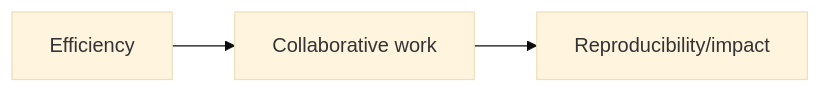
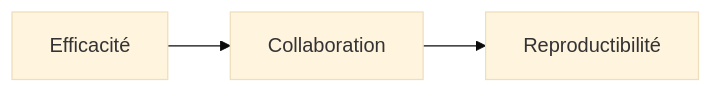
One commit to Alliance-RDM-GDR/CUR_Res_DepositingData changed the first of 3 diagrams in RDM_DepositingData_fr.qmd. Above: the diagram before and after it, drawn with Mermaid (base theme). The commit also changed other lines of this file and 3 other files, not shown here.

````diff
--- a/RDM_DepositingData_fr.qmd
+++ b/RDM_DepositingData_fr.qmd
@@ -84,7 +85,8 @@
 ```{mermaid}
-%%| fig-width: 10
-%%| fig-height: 9
+%%| fig-width: 20
+%%| fig-height: 10
 
 flowchart LR
-  A[Efficiency] --> B[Collaborative work] --> C[Reproducibility/impact]
+A[Efficacité] --> B[Collaboration] 
+B --> C[Reproductibilité]
 ```
````
